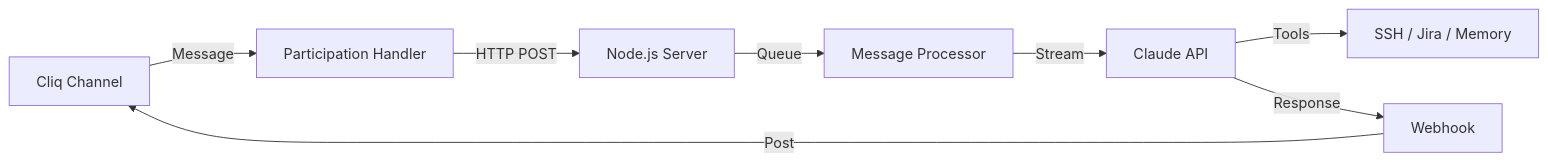
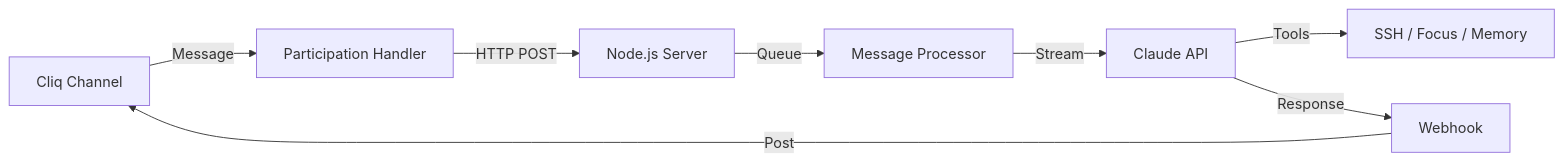
The diagram in README.md (alexachks/bugbuster-3000), drawn with Mermaid before and after one commit. The commit also changed other lines of this file and 11 other files, not shown here.

First line of the commit message:
feat: switch task creation from Jira to Focus (#2)

````diff
--- a/README.md
+++ b/README.md
@@ -35,10 +35,10 @@
 ```mermaid
 graph LR
     A[Cliq Channel] -->|Message| B[Participation Handler]
     B -->|HTTP POST| C[Node.js Server]
     C -->|Queue| D[Message Processor]
     D -->|Stream| E[Claude API]
-    E -->|Tools| F[SSH / Jira / Memory]
+    E -->|Tools| F[SSH / Focus / Memory]
     E -->|Response| G[Webhook]
     G -->|Post| A
 ```
````
